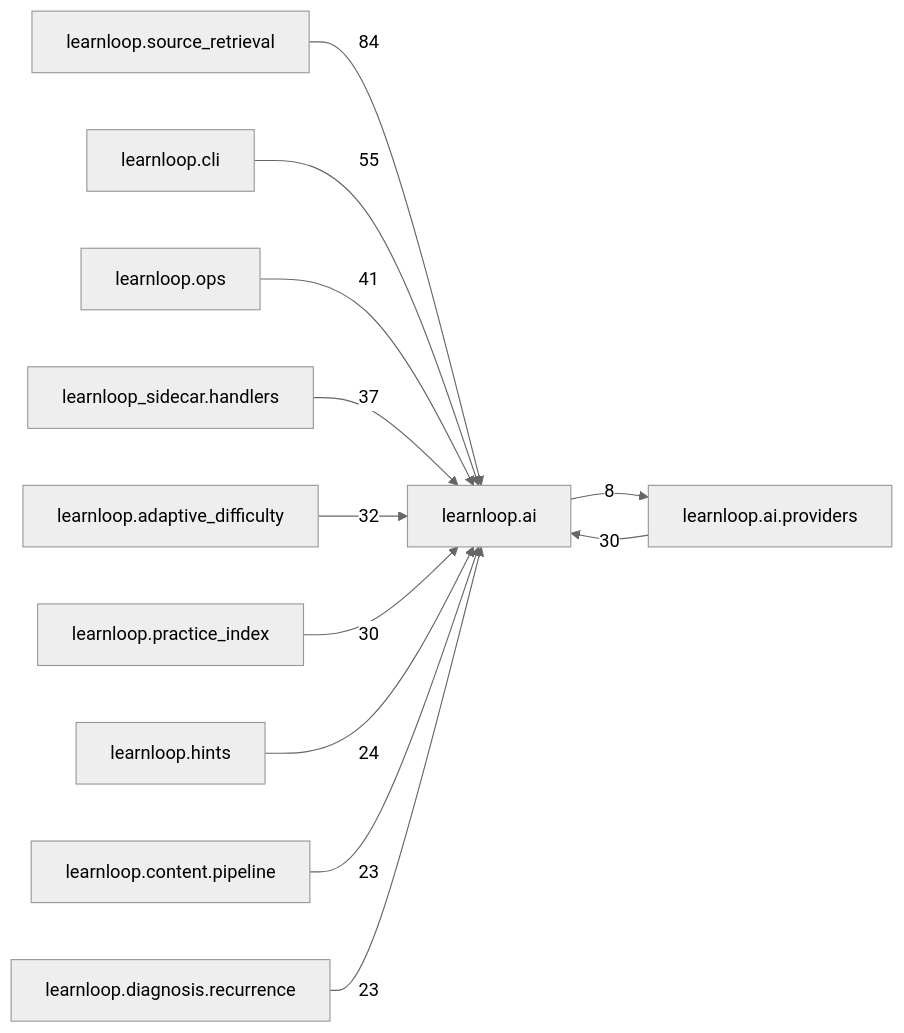
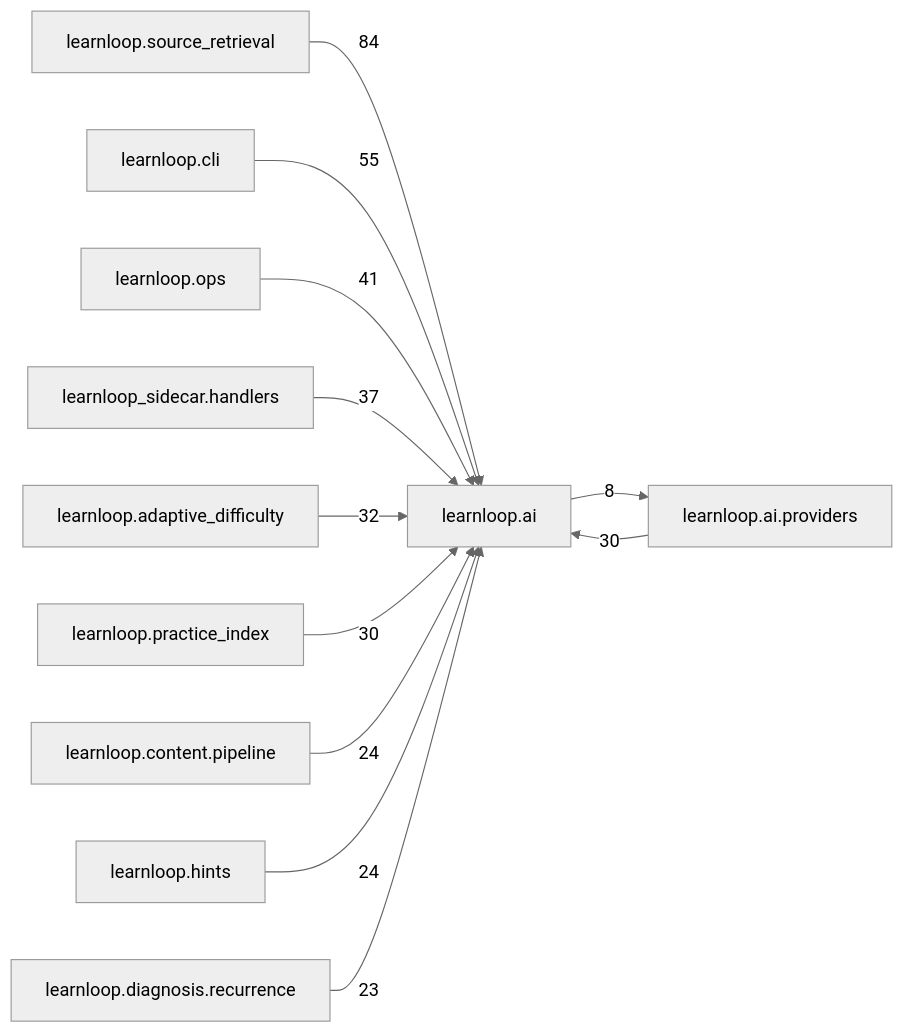
The diagram in docs/learnloop-architecture-vault/Reference/Modules/learnloop/ai/_package.md (6up-b/learnanything), drawn with Mermaid (neutral theme) before and after one commit. The commit also changed other lines of this file and 97 other files, not shown here.

````diff
--- a/docs/learnloop-architecture-vault/Reference/Modules/learnloop/ai/_package.md
+++ b/docs/learnloop-architecture-vault/Reference/Modules/learnloop/ai/_package.md
@@ -161,25 +161,25 @@
 ```mermaid
 flowchart LR
     center["learnloop.ai"]
     n_learnloop_source_retrieval["learnloop.source_retrieval"]
     n_learnloop_cli["learnloop.cli"]
     n_learnloop_ops["learnloop.ops"]
     n_learnloop_ai_providers["learnloop.ai.providers"]
     n_learnloop_sidecar_handlers["learnloop_sidecar.handlers"]
     n_learnloop_adaptive_difficulty["learnloop.adaptive_difficulty"]
     n_learnloop_practice_index["learnloop.practice_index"]
+    n_learnloop_content_pipeline["learnloop.content.pipeline"]
     n_learnloop_hints["learnloop.hints"]
-    n_learnloop_content_pipeline["learnloop.content.pipeline"]
     n_learnloop_diagnosis_recurrence["learnloop.diagnosis.recurrence"]
     n_learnloop_source_retrieval -->|84| center
     n_learnloop_cli -->|55| center
     n_learnloop_ops -->|41| center
     n_learnloop_ai_providers -->|30| center
     center -->|8| n_learnloop_ai_providers
     n_learnloop_sidecar_handlers -->|37| center
     n_learnloop_adaptive_difficulty -->|32| center
     n_learnloop_practice_index -->|30| center
+    n_learnloop_content_pipeline -->|24| center
     n_learnloop_hints -->|24| center
-    n_learnloop_content_pipeline -->|23| center
     n_learnloop_diagnosis_recurrence -->|23| center
 ```
````
